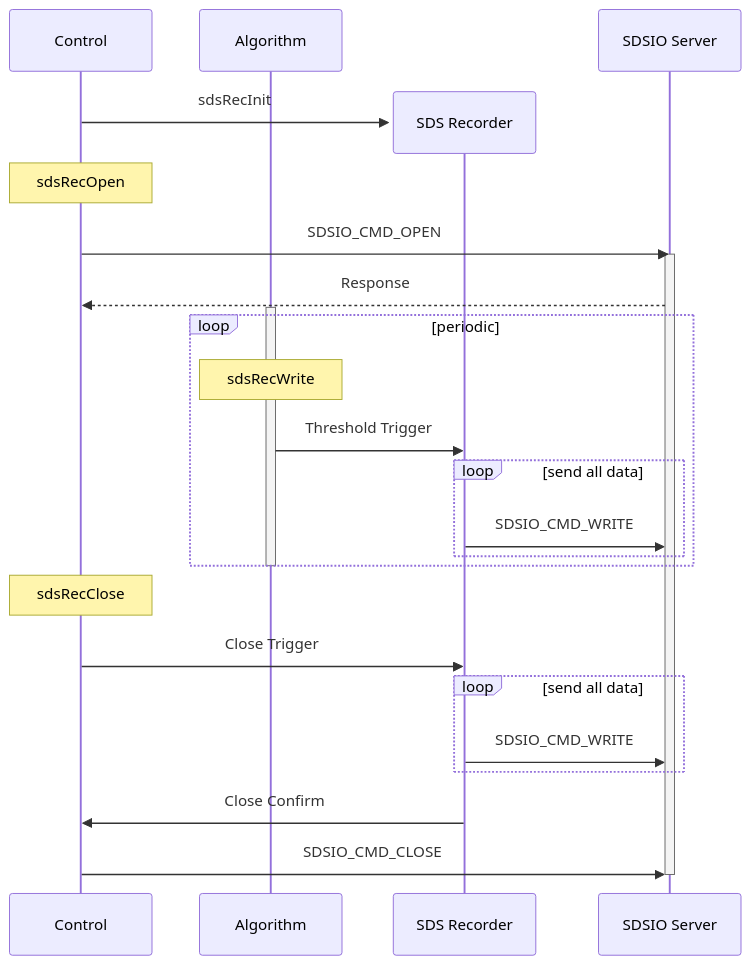
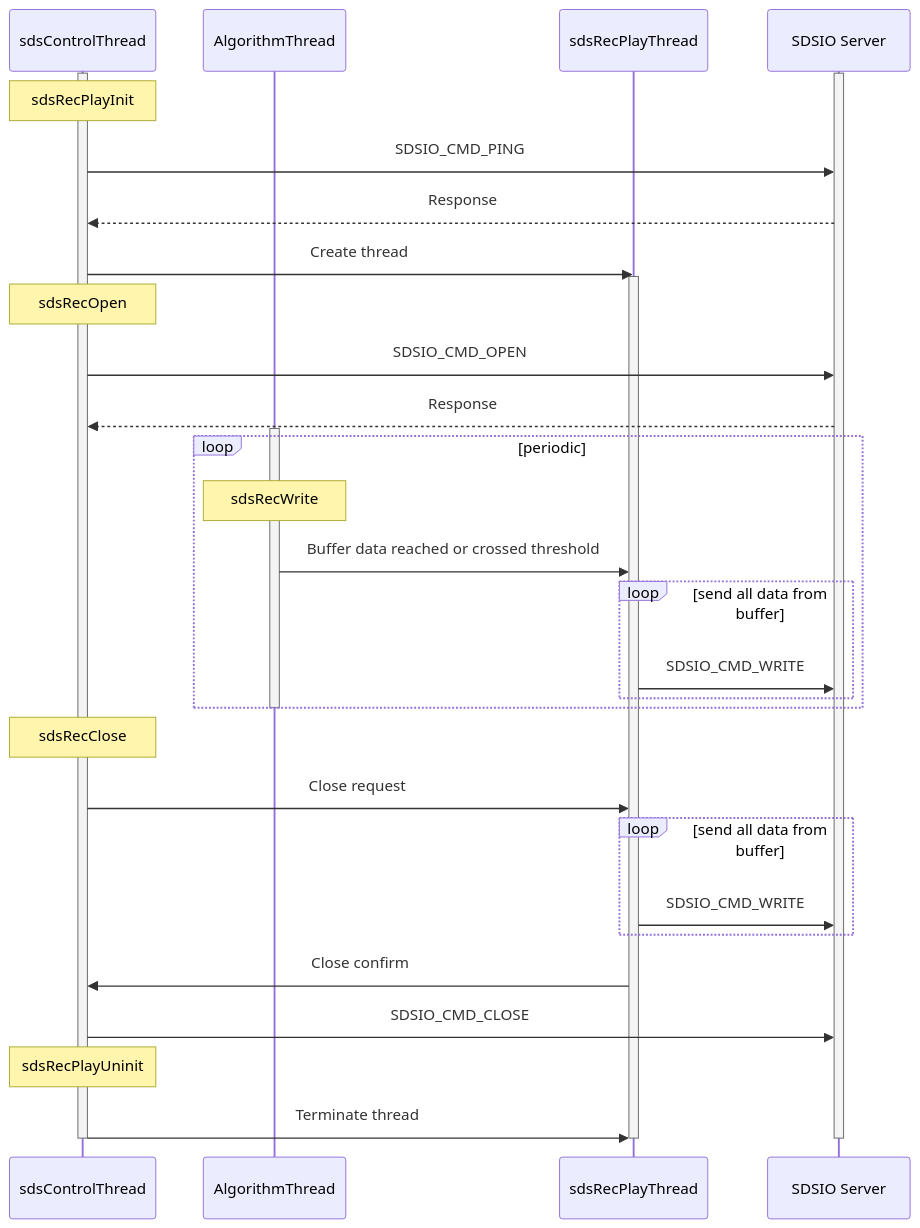
One commit to ARM-software/SDS-Framework changed the second of 3 diagrams in documentation/theory.md. Above: the diagram before and after it, drawn with Mermaid. The commit also changed other lines of this file and 6 other files, not shown here.

````diff
--- a/documentation/theory.md
+++ b/documentation/theory.md
@@ -311,29 +332,46 @@
 ```mermaid
 sequenceDiagram
-    participant Control
-    participant Algorithm
-    create participant Recorder as SDS Recorder
+    participant sdsControlThread
+    activate sdsControlThread
+
+    participant AlgorithmThread
+    participant Recorder as sdsRecPlayThread
     participant Server as SDSIO Server
-    Control->>Recorder: sdsRecInit
-    Note over Control: sdsRecOpen
-    Control->>Server: SDSIO_CMD_OPEN
+
     activate Server
-    Server-->>Control: Response
-    activate Algorithm
+    Note over sdsControlThread: sdsRecPlayInit
+    sdsControlThread->>Server: SDSIO_CMD_PING
+    Server-->>sdsControlThread: Response
+
+    sdsControlThread->>Recorder: Create thread
+    activate Recorder
+
+    Note over sdsControlThread: sdsRecOpen
+    sdsControlThread->>Server: SDSIO_CMD_OPEN
+    Server-->>sdsControlThread: Response
+
+    activate AlgorithmThread
     loop periodic
-        Note over Algorithm: sdsRecWrite
-        Algorithm->>Recorder: Threshold Trigger
-        loop send all data
+        Note over AlgorithmThread: sdsRecWrite
+        AlgorithmThread->>Recorder: Buffer data reached or crossed threshold
+        loop send all data from buffer
             Recorder->>Server: SDSIO_CMD_WRITE
         end
     end
-    deactivate Algorithm
-    Note over Control: sdsRecClose
-    Control->>Recorder: Close Trigger
-    loop send all data
+    deactivate AlgorithmThread
+
+    Note over sdsControlThread: sdsRecClose
+    sdsControlThread->>Recorder: Close request
+    loop send all data from buffer
         Recorder->>Server: SDSIO_CMD_WRITE
     end
-    Recorder->>Control: Close Confirm
-    Control->>Server: SDSIO_CMD_CLOSE
+    Recorder->>sdsControlThread: Close confirm
+    sdsControlThread->>Server: SDSIO_CMD_CLOSE
+
+    Note over sdsControlThread: sdsRecPlayUninit
+    sdsControlThread->>Recorder: Terminate thread
+    deactivate Recorder
+
     deactivate Server
+    deactivate sdsControlThread
 ```
````
